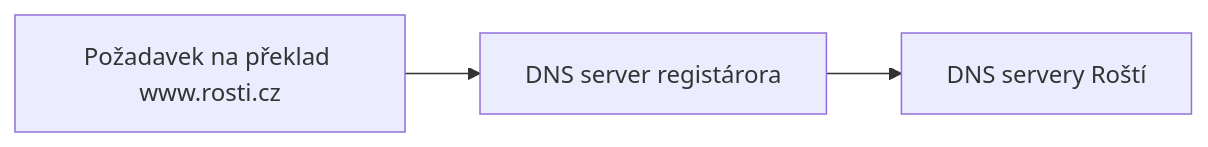
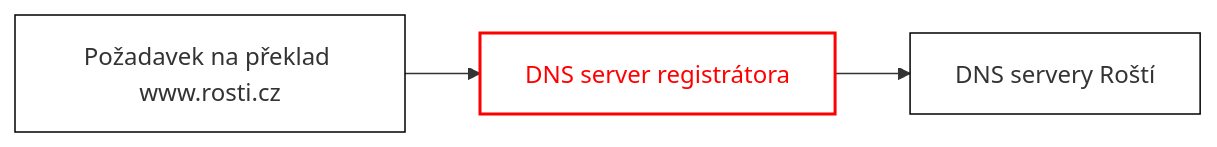
The diagram in docs/cs/wrong_ns.md (rosti-cz/docs), drawn with Mermaid before and after one commit. The commit also changed other lines of this file and 3 other files, not shown here.

Commit message:
Mermaid support

````diff
--- a/docs/cs/wrong_ns.md
+++ b/docs/cs/wrong_ns.md
@@ -5,4 +7,10 @@
 ```mermaid
 flowchart LR
-  pozadavek[Požadavek na překlad www.rosti.cz] --> registrator[DNS server registárora] --> rosti[DNS servery Roští]
+  pozadavek[Požadavek na překlad www.rosti.cz] --> registrator[DNS server registrátora] --> rosti[DNS servery Roští]
+
+  style pozadavek fill:#fff,stroke:#000
+  style rosti fill:#fff,stroke:#000
+  style registrator fill:#fff,stroke:#f00,stroke-width:2px
+  classDef redText color:red;
+  class registrator redText
 ```
````
